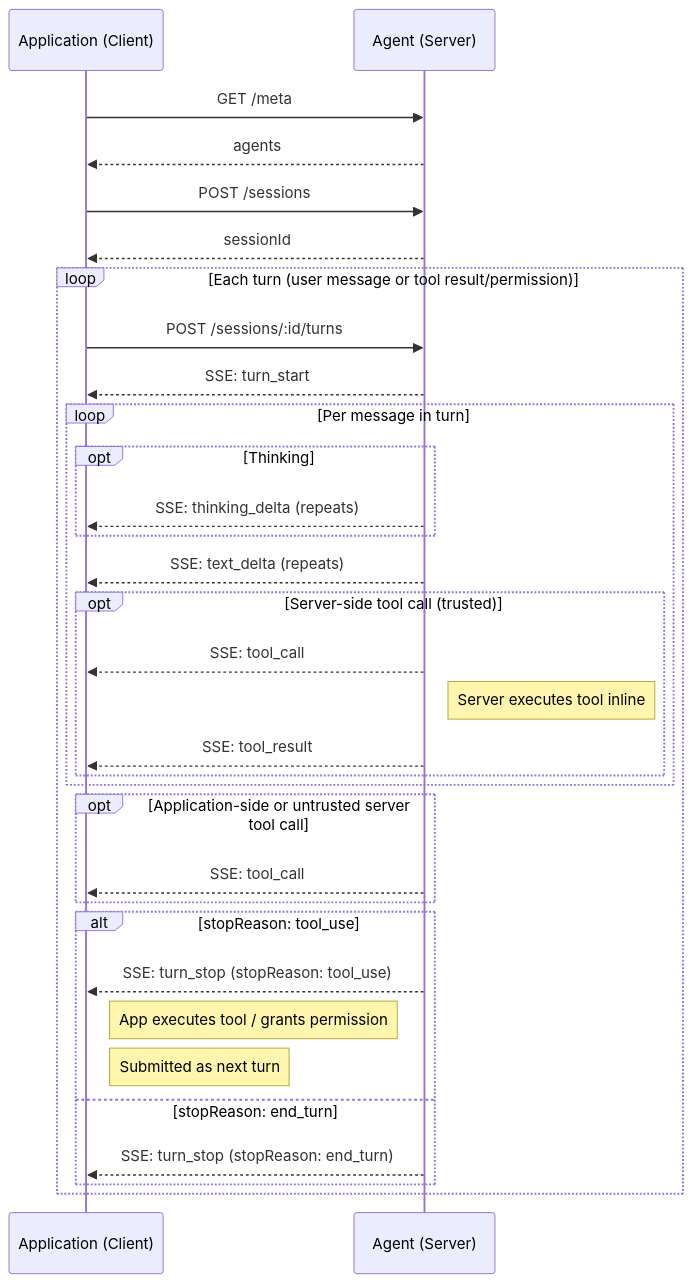
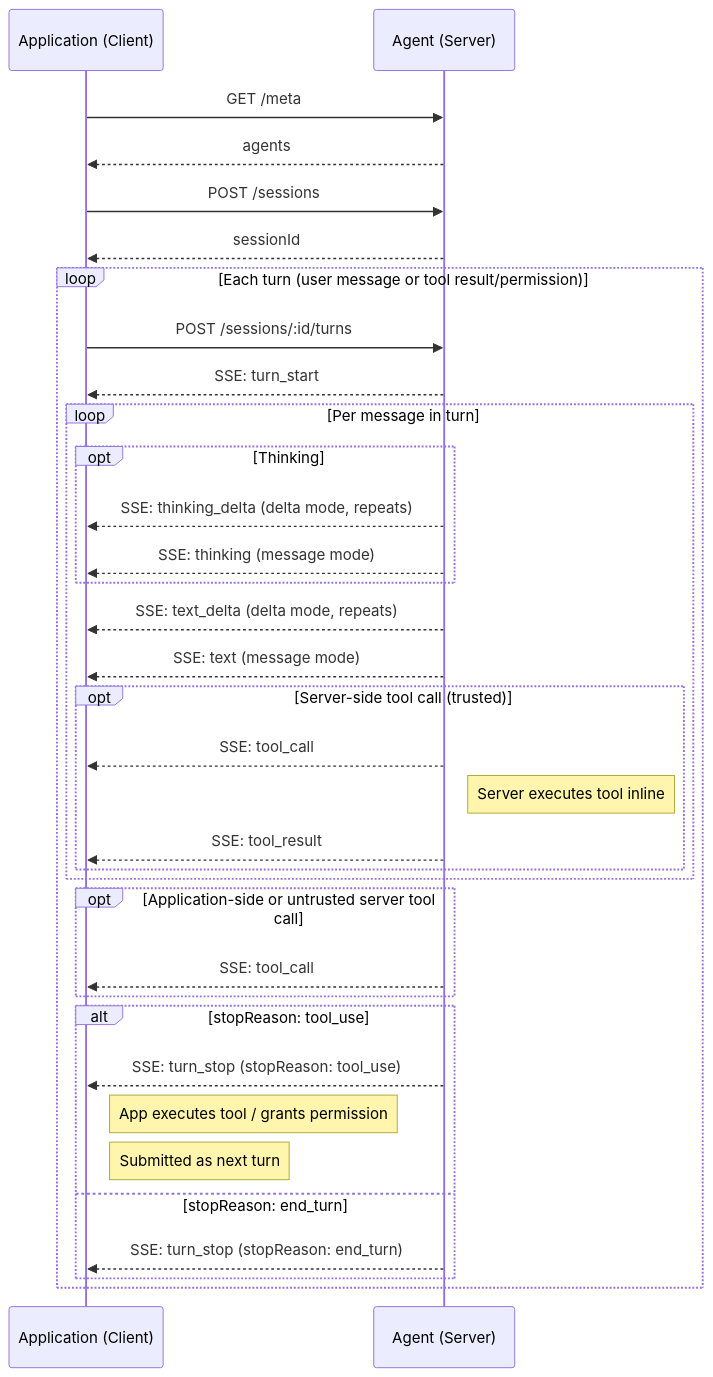
The diagram in docs/response.md (agentapplicationprotocol/agent-application-protocol), drawn with Mermaid before and after one commit. The commit also changed other lines of this file and 3 other files, not shown here.

Commit message:
docs: clarify tool denial format, history endpoint path, and message mode SSE events

````diff
--- a/docs/response.md
+++ b/docs/response.md
@@ -285,37 +304,39 @@
 ```mermaid
 sequenceDiagram
     participant App as Application (Client)
     participant Agent as Agent (Server)
 
     App->>Agent: GET /meta
     Agent-->>App: agents
 
     App->>Agent: POST /sessions
     Agent-->>App: sessionId
 
     loop Each turn (user message or tool result/permission)
         App->>Agent: POST /sessions/:id/turns
         Agent-->>App: SSE: turn_start
         loop Per message in turn
             opt Thinking
-                Agent-->>App: SSE: thinking_delta (repeats)
+                Agent-->>App: SSE: thinking_delta (delta mode, repeats)
+                Agent-->>App: SSE: thinking (message mode)
             end
-            Agent-->>App: SSE: text_delta (repeats)
+            Agent-->>App: SSE: text_delta (delta mode, repeats)
+            Agent-->>App: SSE: text (message mode)
             opt Server-side tool call (trusted)
                 Agent-->>App: SSE: tool_call
                 Note right of Agent: Server executes tool inline
                 Agent-->>App: SSE: tool_result
             end
         end
         opt Application-side or untrusted server tool call
             Agent-->>App: SSE: tool_call
         end
         alt stopReason: tool_use
             Agent-->>App: SSE: turn_stop (stopReason: tool_use)
             Note right of App: App executes tool / grants permission
             Note right of App: Submitted as next turn
         else stopReason: end_turn
             Agent-->>App: SSE: turn_stop (stopReason: end_turn)
         end
     end
 ```
````
